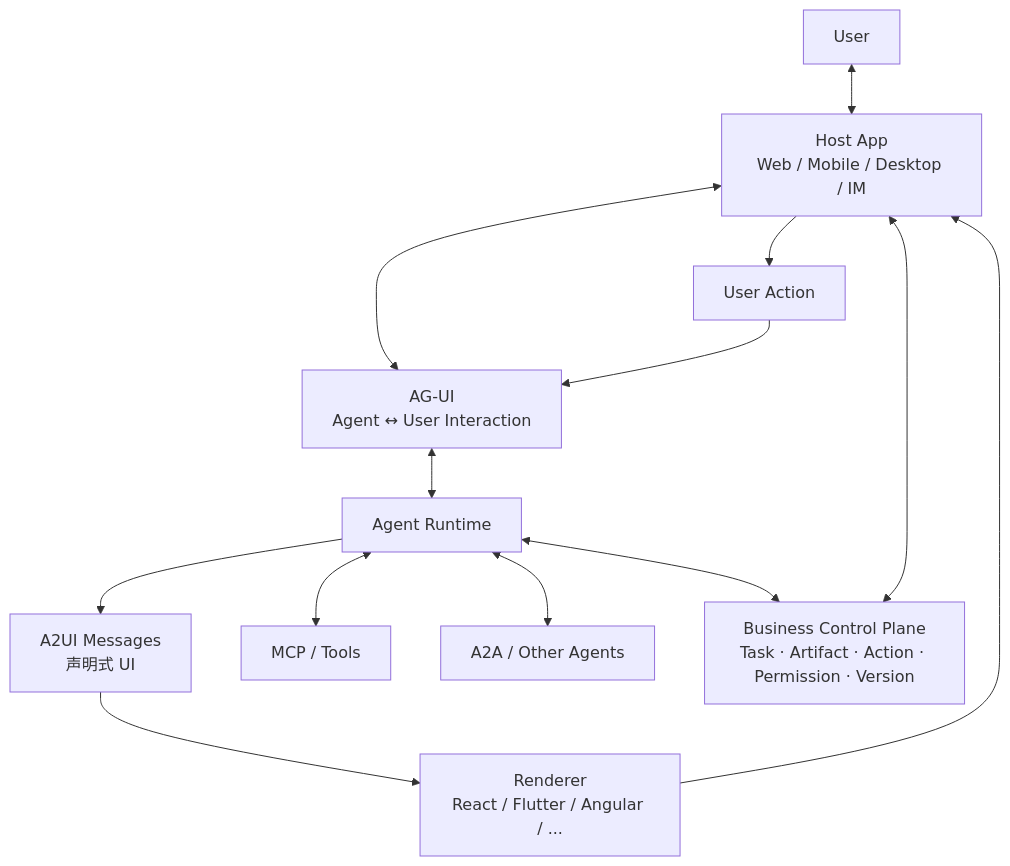
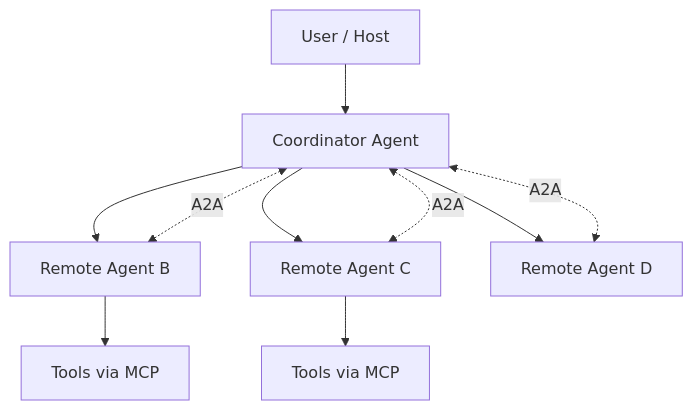
The third of 19 diagrams in profiles/default/content/zh/notes/ag-ui-a2ui-agent-runtime-generative-ui-ai-native.mdx (Nunchakus888/dossierkit), drawn with Mermaid before and after one commit. The commit also changed other lines of this file, not shown here.

Commit message:
Update note: 从聊天框到 AI 原生交互：跨 Agent、跨平台的应用架构

```diff
--- a/profiles/default/content/zh/notes/ag-ui-a2ui-agent-runtime-generative-ui-ai-native.mdx
+++ b/profiles/default/content/zh/notes/ag-ui-a2ui-agent-runtime-generative-ui-ai-native.mdx
@@ -181,25 +164,15 @@
 ~~~mermaid
 flowchart TB
-  U["User"]
-  <--> H["Host App
-Web / Mobile / Desktop / IM"]
+  U["User / Host"]
+  --> A["Coordinator Agent"]
+  A --> B["Remote Agent B"]
+  A --> C["Remote Agent C"]
+  A --> D["Remote Agent D"]
 
-  H <--> AG["AG-UI
-Agent ↔ User Interaction"]
-  AG <--> R["Agent Runtime"]
+  A <-. "A2A" .-> B
+  A <-. "A2A" .-> C
+  A <-. "A2A" .-> D
 
-  R --> A2["A2UI Messages
-声明式 UI"]
-  A2 --> UI["Renderer
-React / Flutter / Angular / ..."]
-  UI --> H
-  H --> ACT["User Action"]
-  ACT --> AG
-
-  R <--> T["MCP / Tools"]
-  R <--> AA["A2A / Other Agents"]
-
-  H <--> B["Business Control Plane
-Task · Artifact · Action · Permission · Version"]
-  R <--> B
+  B --> T1["Tools via MCP"]
+  C --> T2["Tools via MCP"]
 ~~~
```
